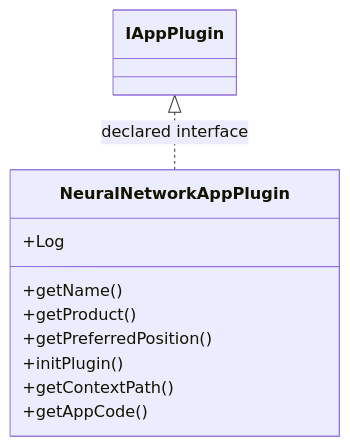
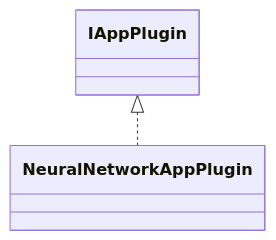
One commit to haruperi/HaruQuantAI changed the diagram in docs/sqx/NeuralNetworkTrainer/AppNeuralNetwork.md. Above: the diagram before and after it, drawn with Mermaid. The commit also changed other lines of this file and 1688 other files, not shown here.

````diff
--- a/docs/sqx/NeuralNetworkTrainer/AppNeuralNetwork.md
+++ b/docs/sqx/NeuralNetworkTrainer/AppNeuralNetwork.md
@@ -30,14 +26,6 @@
 ```mermaid
 classDiagram
-    class C5a42349dc3bd["NeuralNetworkAppPlugin"] {
-        +Log
-        +getName()
-        +getProduct()
-        +getPreferredPosition()
-        +initPlugin()
-        +getContextPath()
-        +getAppCode()
-    }
-    class C71ae2af47347["IAppPlugin"]
-    C71ae2af47347 <|.. C5a42349dc3bd : declared interface
+    class C0["NeuralNetworkAppPlugin"]
+    class E0["IAppPlugin"]
+    E0 <|.. C0
 ```
````
